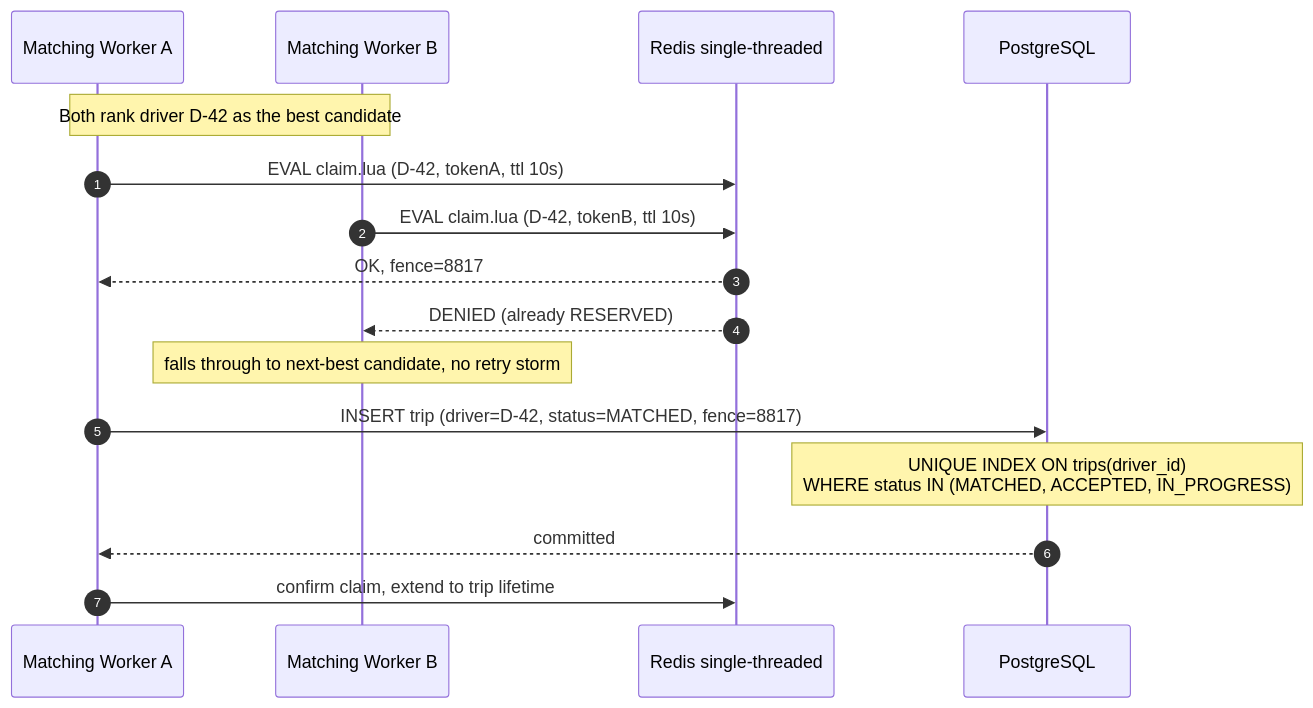
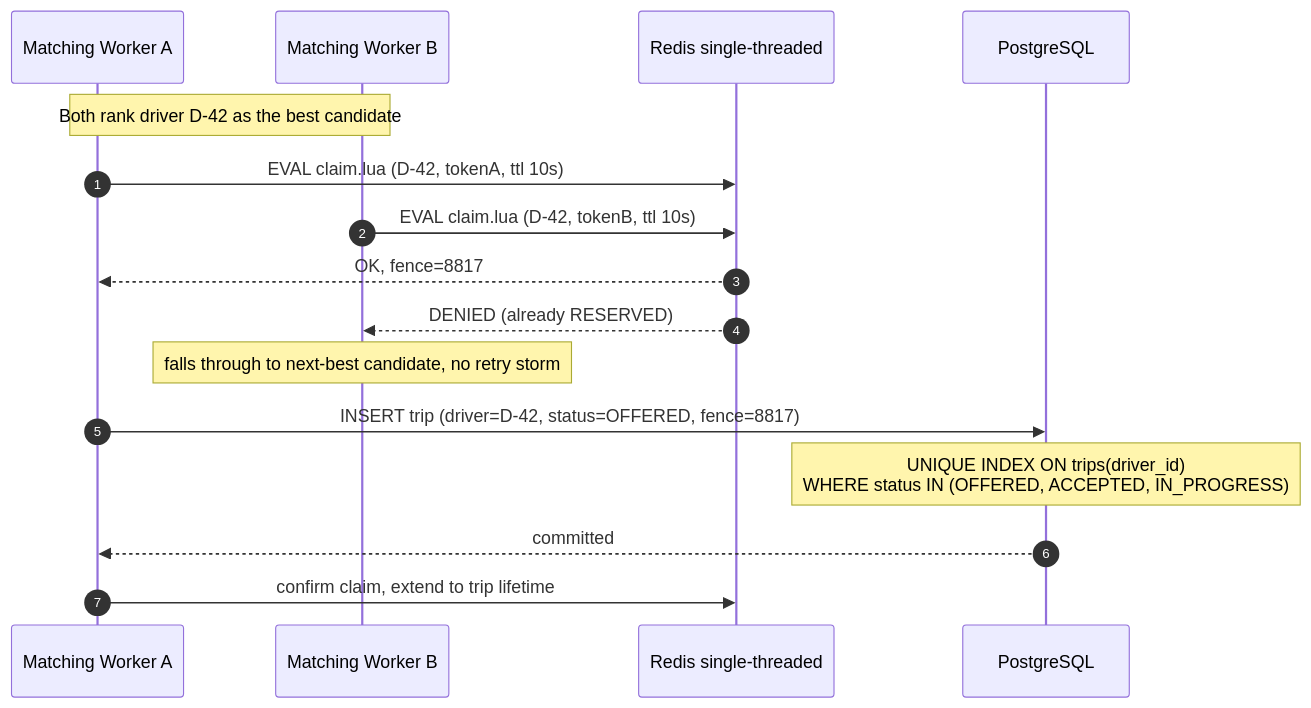
Before and after one commit to AdelShalan/Real-Time-Ride-Matching-Engine: the third of 4 diagrams in README.md, drawn with Mermaid. The commit also changed other lines of this file and 12 other files, not shown here.

````diff
--- a/README.md
+++ b/README.md
@@ -131,20 +131,20 @@
 ```mermaid
 sequenceDiagram
     autonumber
     participant W1 as Matching Worker A
     participant W2 as Matching Worker B
     participant R as Redis single-threaded
     participant PG as PostgreSQL
 
     Note over W1,W2: Both rank driver D-42 as the best candidate
     W1->>R: EVAL claim.lua (D-42, tokenA, ttl 10s)
     W2->>R: EVAL claim.lua (D-42, tokenB, ttl 10s)
     R-->>W1: OK, fence=8817
     R-->>W2: DENIED (already RESERVED)
     Note over W2: falls through to next-best candidate, no retry storm
 
-    W1->>PG: INSERT trip (driver=D-42, status=MATCHED, fence=8817)
-    Note over PG: UNIQUE INDEX ON trips(driver_id)<br/>WHERE status IN (MATCHED, ACCEPTED, IN_PROGRESS)
+    W1->>PG: INSERT trip (driver=D-42, status=OFFERED, fence=8817)
+    Note over PG: UNIQUE INDEX ON trips(driver_id)<br/>WHERE status IN (OFFERED, ACCEPTED, IN_PROGRESS)
     PG-->>W1: committed
     W1->>R: confirm claim, extend to trip lifetime
 ```
````
